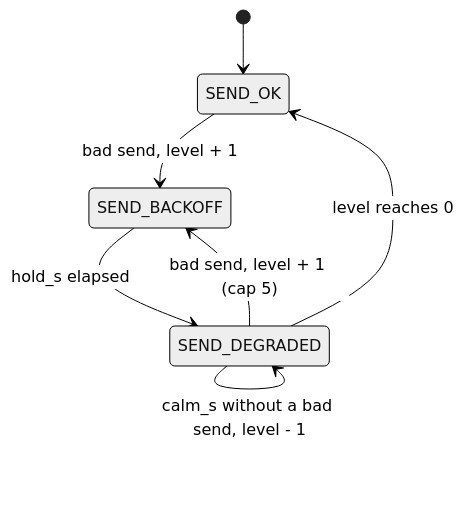
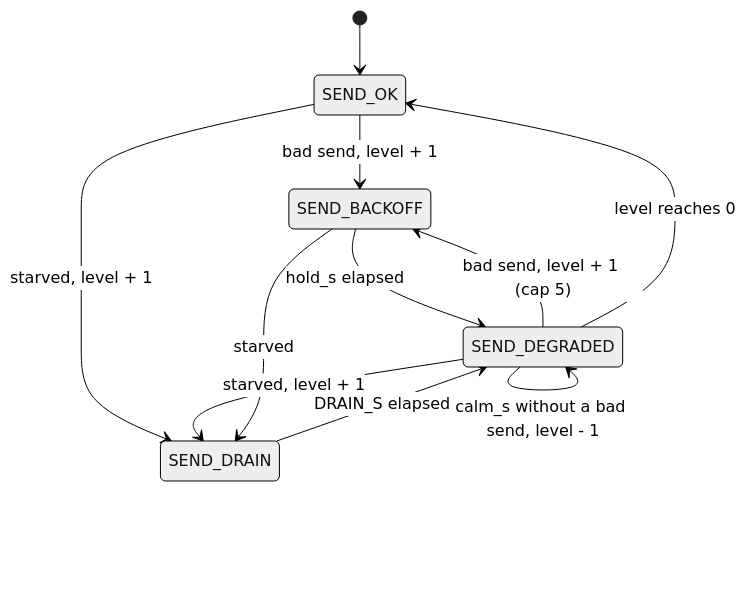
The third of 3 diagrams in docs/link-health.md (wyleu/sandswing), drawn with Mermaid (neutral theme) before and after one commit. The commit also changed other lines of this file and 4 other files, not shown here.

````diff
--- a/docs/link-health.md
+++ b/docs/link-health.md
@@ -201,9 +391,13 @@
 ```mermaid
 stateDiagram-v2
     [*] --> SEND_OK
     SEND_OK --> SEND_BACKOFF: bad send, level + 1
     SEND_BACKOFF --> SEND_DEGRADED: hold_s elapsed
     SEND_DEGRADED --> SEND_BACKOFF: bad send, level + 1 (cap 5)
     SEND_DEGRADED --> SEND_DEGRADED: calm_s without a bad send, level - 1
     SEND_DEGRADED --> SEND_OK: level reaches 0
+    SEND_OK --> SEND_DRAIN: starved, level + 1
+    SEND_DEGRADED --> SEND_DRAIN: starved, level + 1
+    SEND_BACKOFF --> SEND_DRAIN: starved
+    SEND_DRAIN --> SEND_DEGRADED: DRAIN_S elapsed
 ```
````
